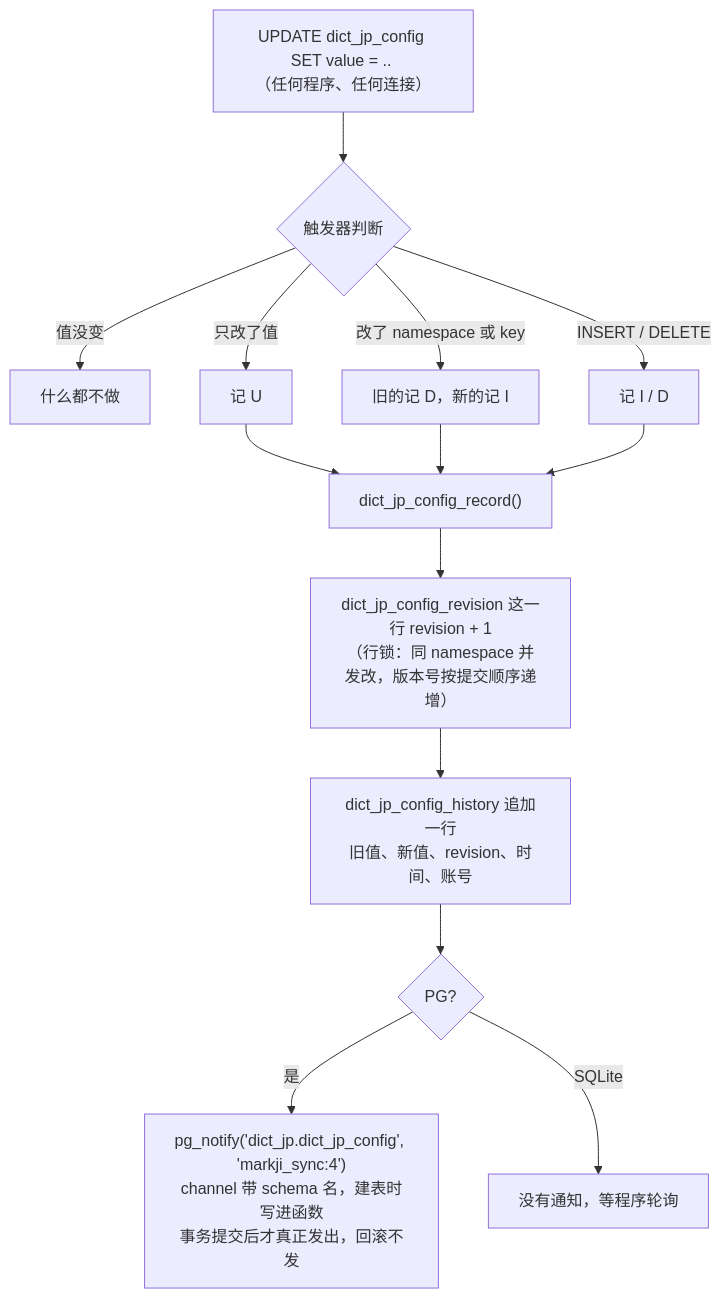
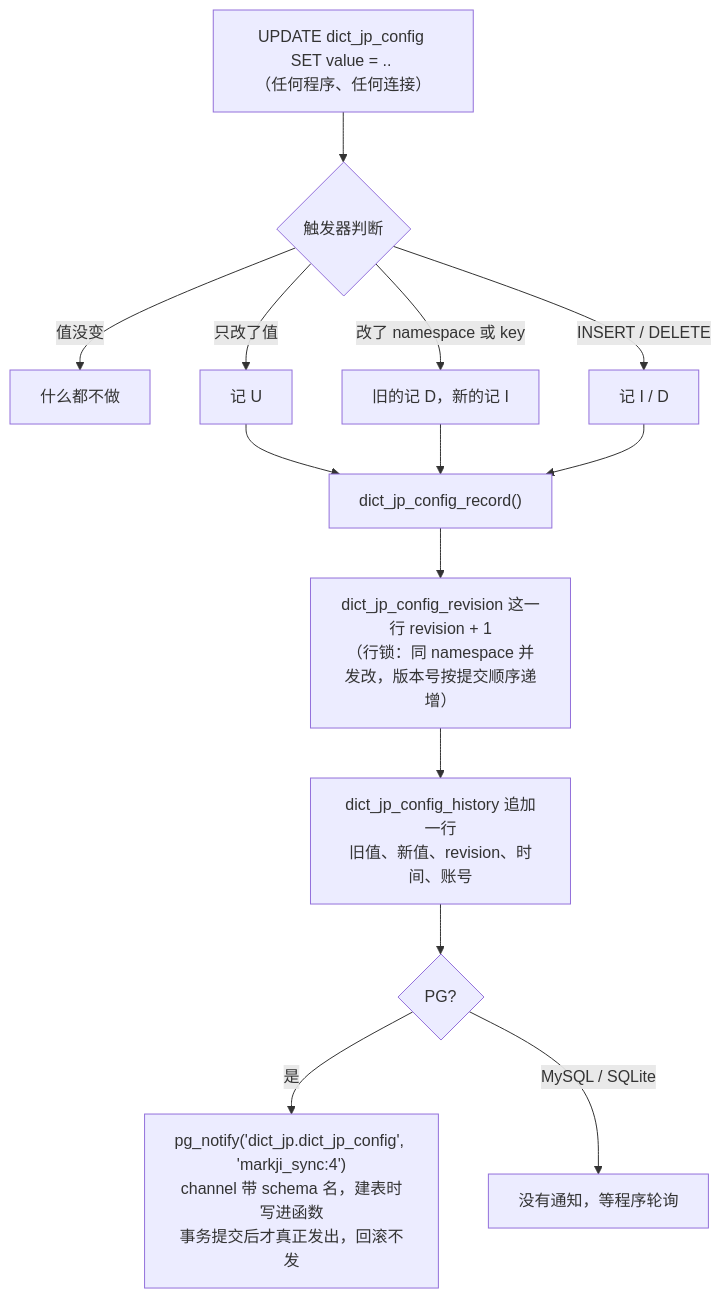
The fourth of 7 diagrams in docs/design/live-config.md (tpxxwz/hygiea), drawn with Mermaid before and after one commit. The commit also changed other lines of this file and 47 other files, not shown here.

````diff
--- a/docs/design/live-config.md
+++ b/docs/design/live-config.md
@@ -221,16 +228,16 @@
 ```mermaid
 flowchart TD
     U["UPDATE dict_jp_config SET value = .. <br/>（任何程序、任何连接）"] --> T{"触发器判断"}
     T -- 值没变 --> N["什么都不做"]
     T -- 只改了值 --> R1["记 U"]
     T -- 改了 namespace 或 key --> R2["旧的记 D，新的记 I"]
     T -- INSERT / DELETE --> R3["记 I / D"]
     R1 --> REC
     R2 --> REC
     R3 --> REC
     REC["dict_jp_config_record()"] --> V["dict_jp_config_revision 这一行 revision + 1<br/>（行锁：同 namespace 并发改，版本号按提交顺序递增）"]
     V --> H["dict_jp_config_history 追加一行<br/>旧值、新值、revision、时间、账号"]
     H --> P{"PG?"}
     P -- 是 --> NT["pg_notify('dict_jp.dict_jp_config', 'markji_sync:4')<br/>channel 带 schema 名，建表时写进函数<br/>事务提交后才真正发出，回滚不发"]
-    P -- SQLite --> X["没有通知，等程序轮询"]
+    P -- MySQL / SQLite --> X["没有通知，等程序轮询"]
 ```
````
